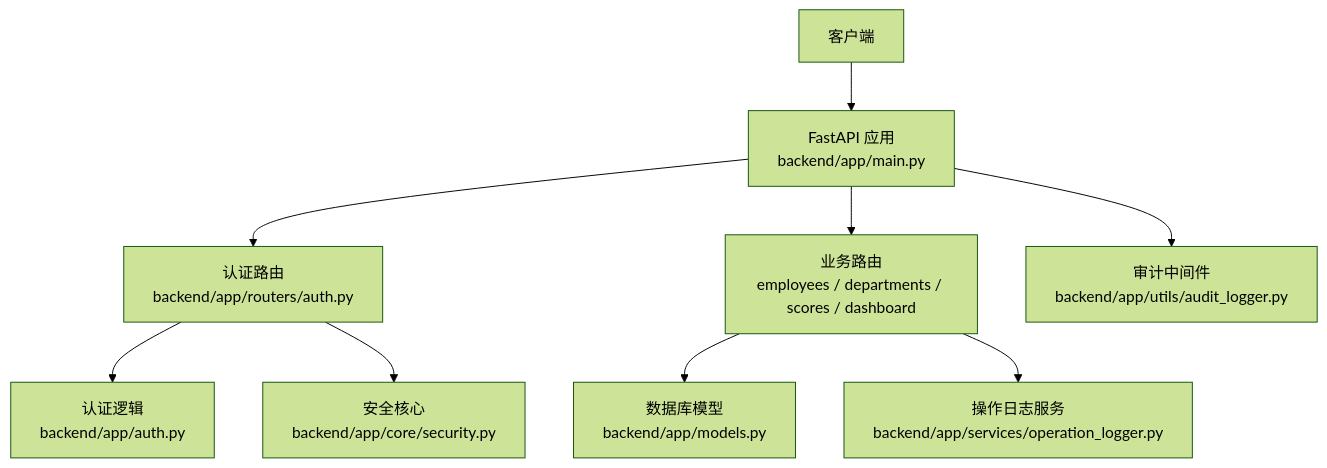
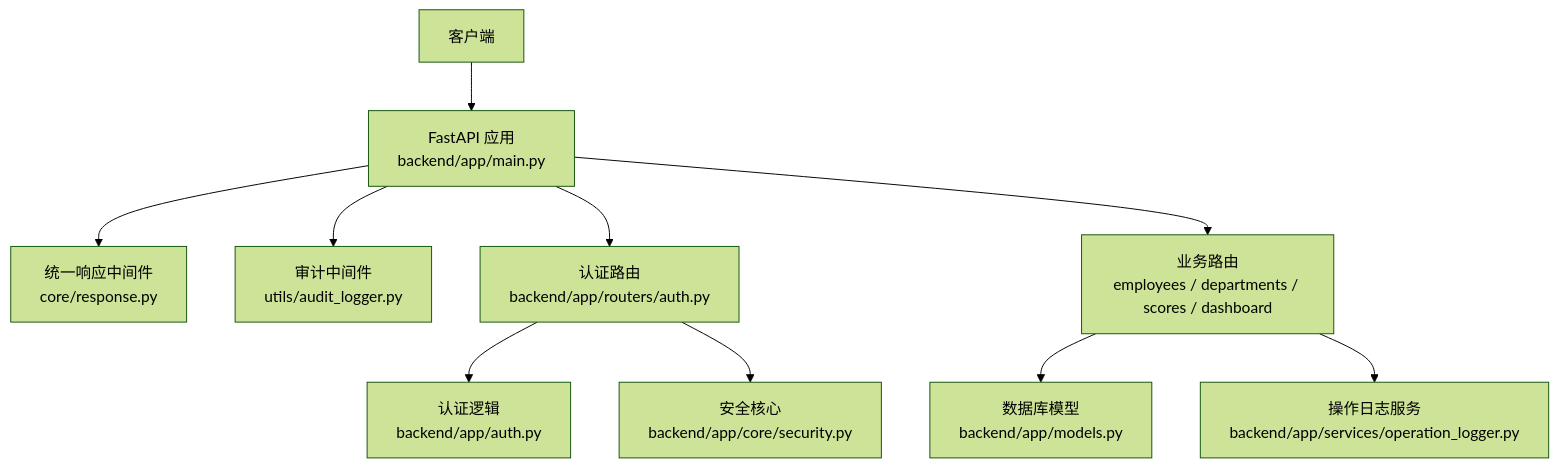
Before and after one commit to xgd561/performance_evaluation_system: the first of 13 diagrams in .qoder/repowiki/zh/content/系统架构/安全架构设计/安全架构设计.md, drawn with Mermaid (forest theme). The commit also changed other lines of this file and 136 other files, not shown here.

````diff
--- a/.qoder/repowiki/zh/content/系统架构/安全架构设计/安全架构设计.md
+++ b/.qoder/repowiki/zh/content/系统架构/安全架构设计/安全架构设计.md
@@ -47,11 +61,12 @@
 ```mermaid
 graph TB
 Client["客户端"] --> API["FastAPI 应用<br/>backend/app/main.py"]
+API --> ResponseMW["统一响应中间件<br/>core/response.py"]
+API --> AuditMW["审计中间件<br/>utils/audit_logger.py"]
 API --> AuthRouter["认证路由<br/>backend/app/routers/auth.py"]
 API --> BusinessRouters["业务路由<br/>employees / departments / scores / dashboard"]
-API --> AuditMiddleware["审计中间件<br/>backend/app/utils/audit_logger.py"]
 AuthRouter --> AuthService["认证逻辑<br/>backend/app/auth.py"]
 AuthRouter --> SecurityCore["安全核心<br/>backend/app/core/security.py"]
 BusinessRouters --> Models["数据库模型<br/>backend/app/models.py"]
 BusinessRouters --> OperationLogger["操作日志服务<br/>backend/app/services/operation_logger.py"]
 ```
````
